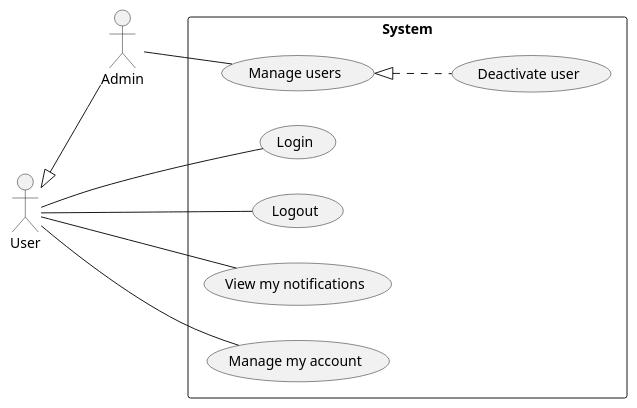
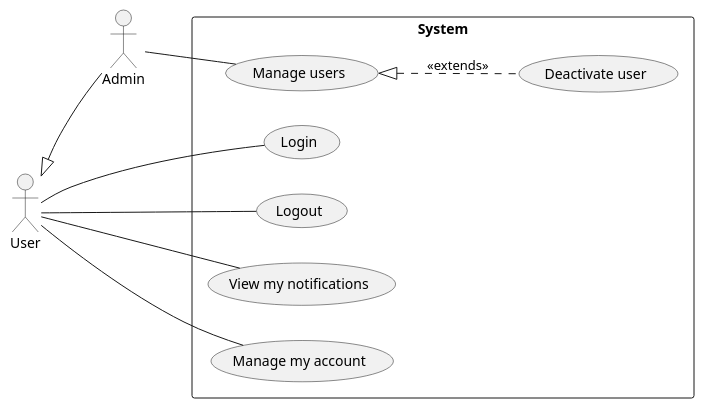
Before and after one commit to phihungha/scmss-reqs: the diagram in use-cases/admin.plantuml, drawn with PlantUML. The commit also changed 9 other files, not shown here.

```diff
--- a/use-cases/admin.plantuml
+++ b/use-cases/admin.plantuml
@@ -1,17 +1,17 @@
 @startuml admin
 left to right direction
 
 :Admin: as ad
 :User: as u
 u <|-- ad
 
 rectangle System {
     u -- (Login)
     u -- (Logout)
     u -- (View my notifications)
     u -- (Manage my account)
 
     ad -- (Manage users)
-    (Manage users) <|.. (Deactivate user)
+    (Manage users) <|.. (Deactivate user) : <<extends>>
 }
 @enduml
```
